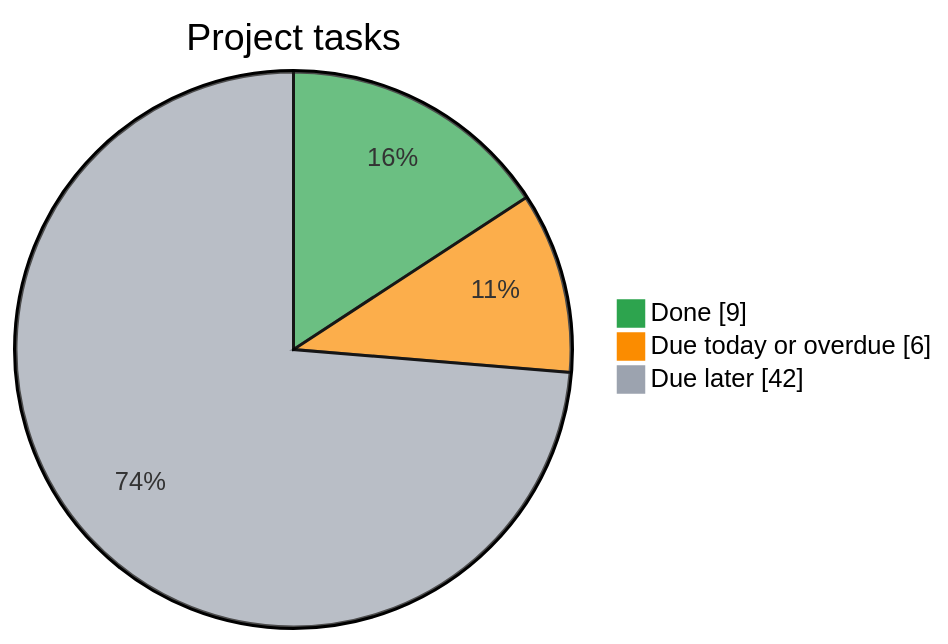
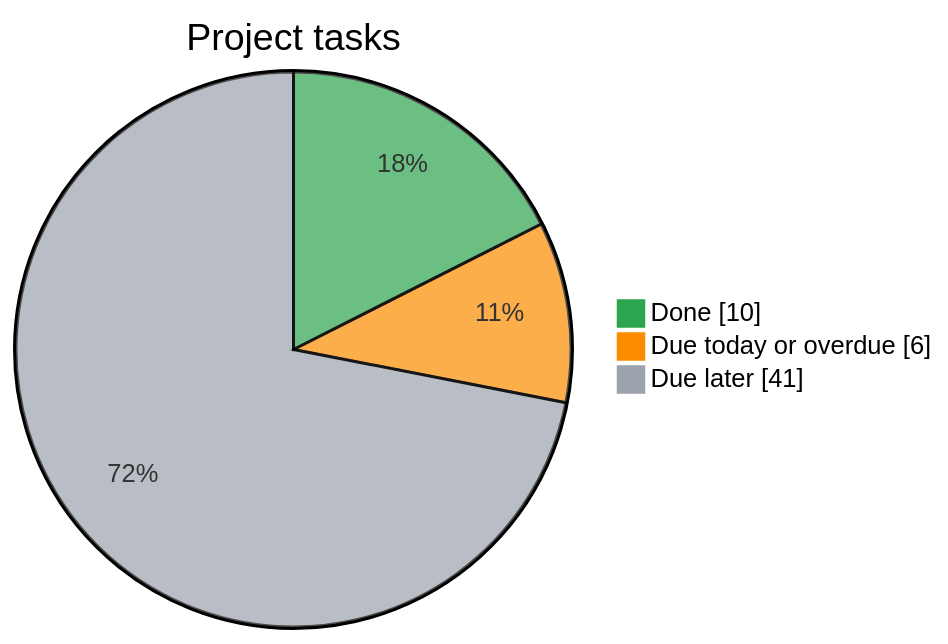
One commit to Kr1sKros/IKT466-Corporate-Bankruptcy-Predictor changed the diagram in README.md. Above: the diagram before and after it, drawn with Mermaid. The commit also changed other lines of this file, not shown here.

Commit message:
docs: refresh task dashboard

````diff
--- a/README.md
+++ b/README.md
@@ -8,8 +8,8 @@
 ```mermaid
 %%{init: {"themeVariables": {"pie1": "#2da44e", "pie2": "#fb8c00", "pie3": "#9ca3af"}}}%%
 pie showData
     title Project tasks
-    "Done" : 9
+    "Done" : 10
     "Due today or overdue" : 6
-    "Due later" : 42
+    "Due later" : 41
 ```
````
